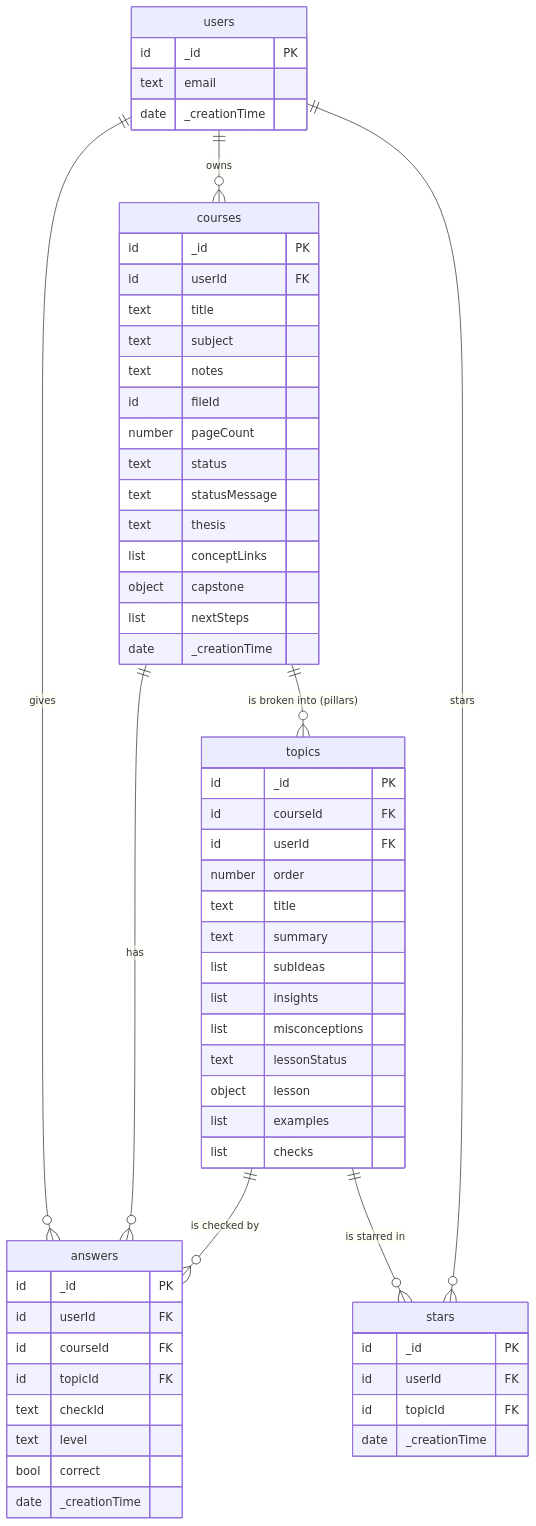
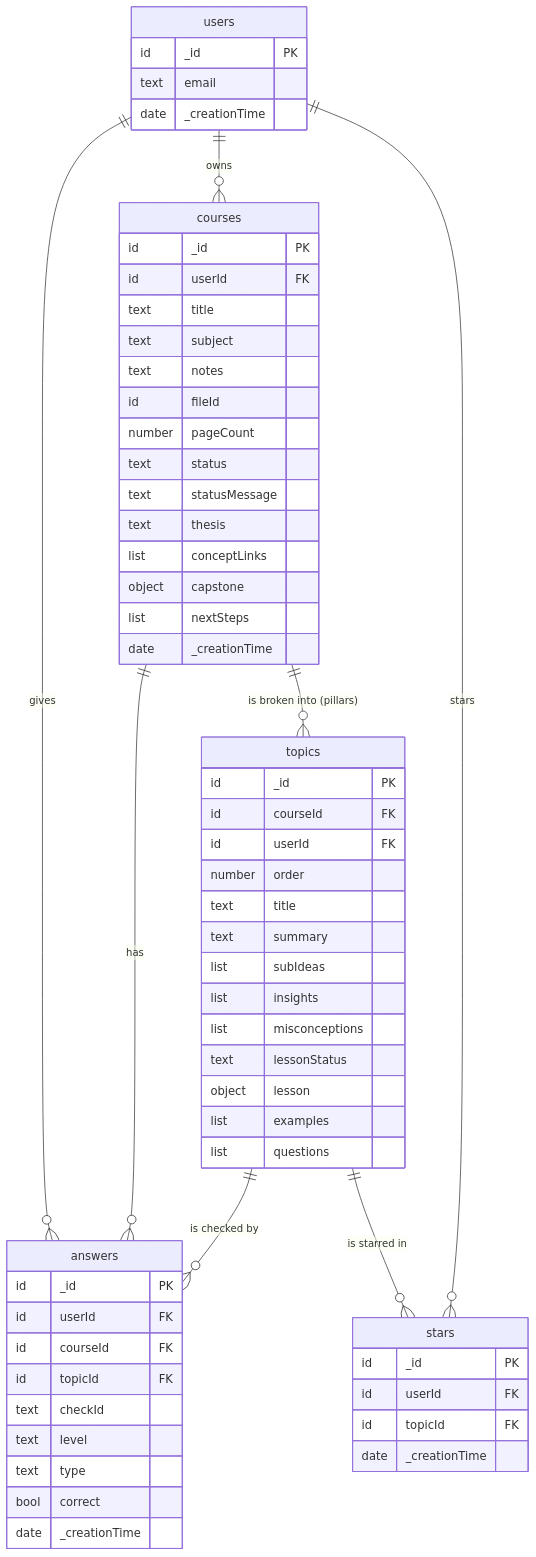
Before and after one commit to Hemanth2423/Learning-retention: the diagram in schema.md, drawn with Mermaid. The commit also changed other lines of this file and 16 other files, not shown here.

````diff
--- a/schema.md
+++ b/schema.md
@@ -7,53 +7,54 @@
 ```mermaid
 erDiagram
   users ||--o{ courses : "owns"
   courses ||--o{ topics : "is broken into (pillars)"
   topics ||--o{ answers : "is checked by"
   courses ||--o{ answers : "has"
   users ||--o{ answers : "gives"
   users ||--o{ stars : "stars"
   topics ||--o{ stars : "is starred in"
 
   users { id _id PK
     text email
     date _creationTime }
   courses { id _id PK
     id userId FK
     text title
     text subject
     text notes
     id fileId
     number pageCount
     text status
     text statusMessage
     text thesis
     list conceptLinks
     object capstone
     list nextSteps
     date _creationTime }
   topics { id _id PK
     id courseId FK
     id userId FK
     number order
     text title
     text summary
     list subIdeas
     list insights
     list misconceptions
     text lessonStatus
     object lesson
     list examples
-    list checks }
+    list questions }
   answers { id _id PK
     id userId FK
     id courseId FK
     id topicId FK
     text checkId
     text level
+    text type
     bool correct
     date _creationTime }
   stars { id _id PK
     id userId FK
     id topicId FK
     date _creationTime }
 ```
````
